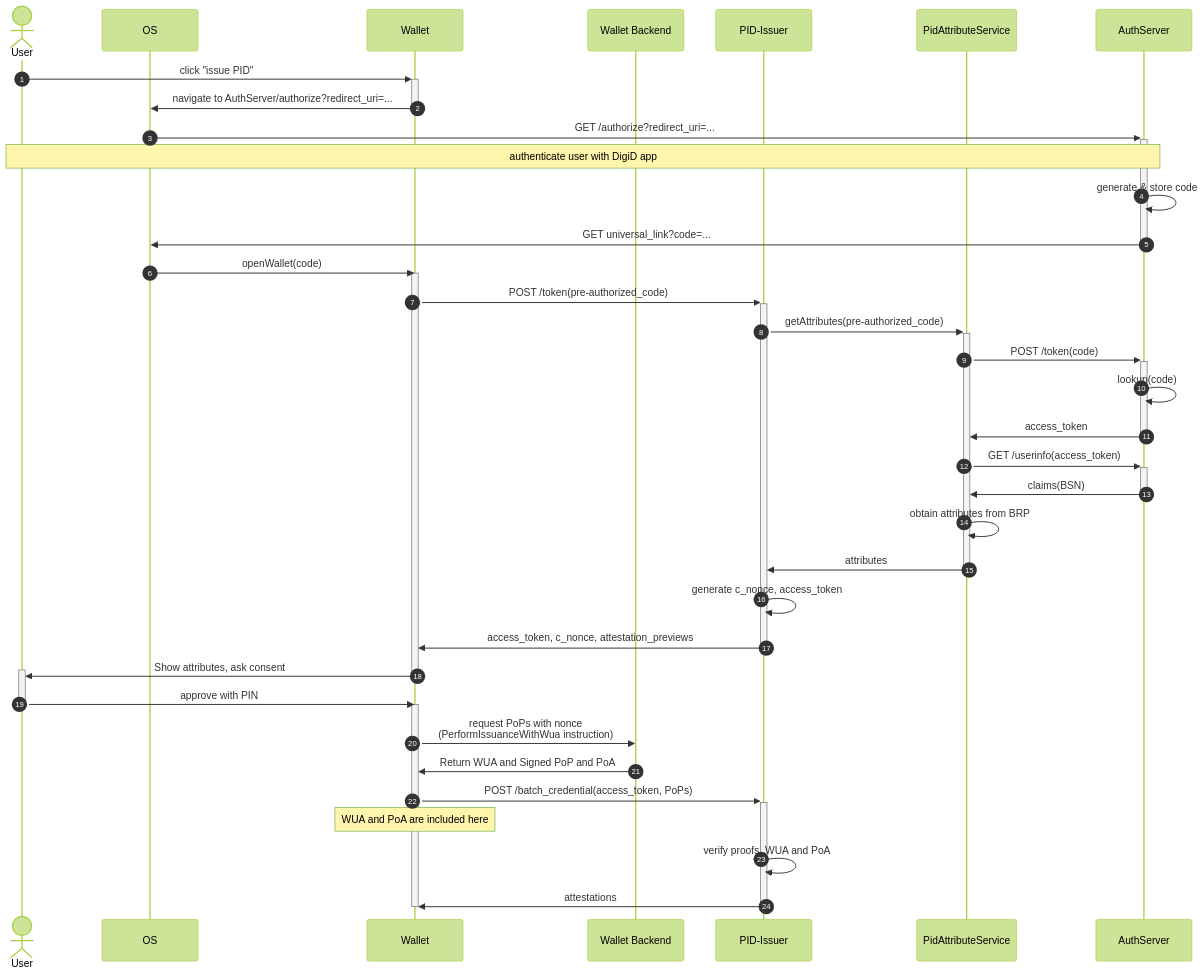
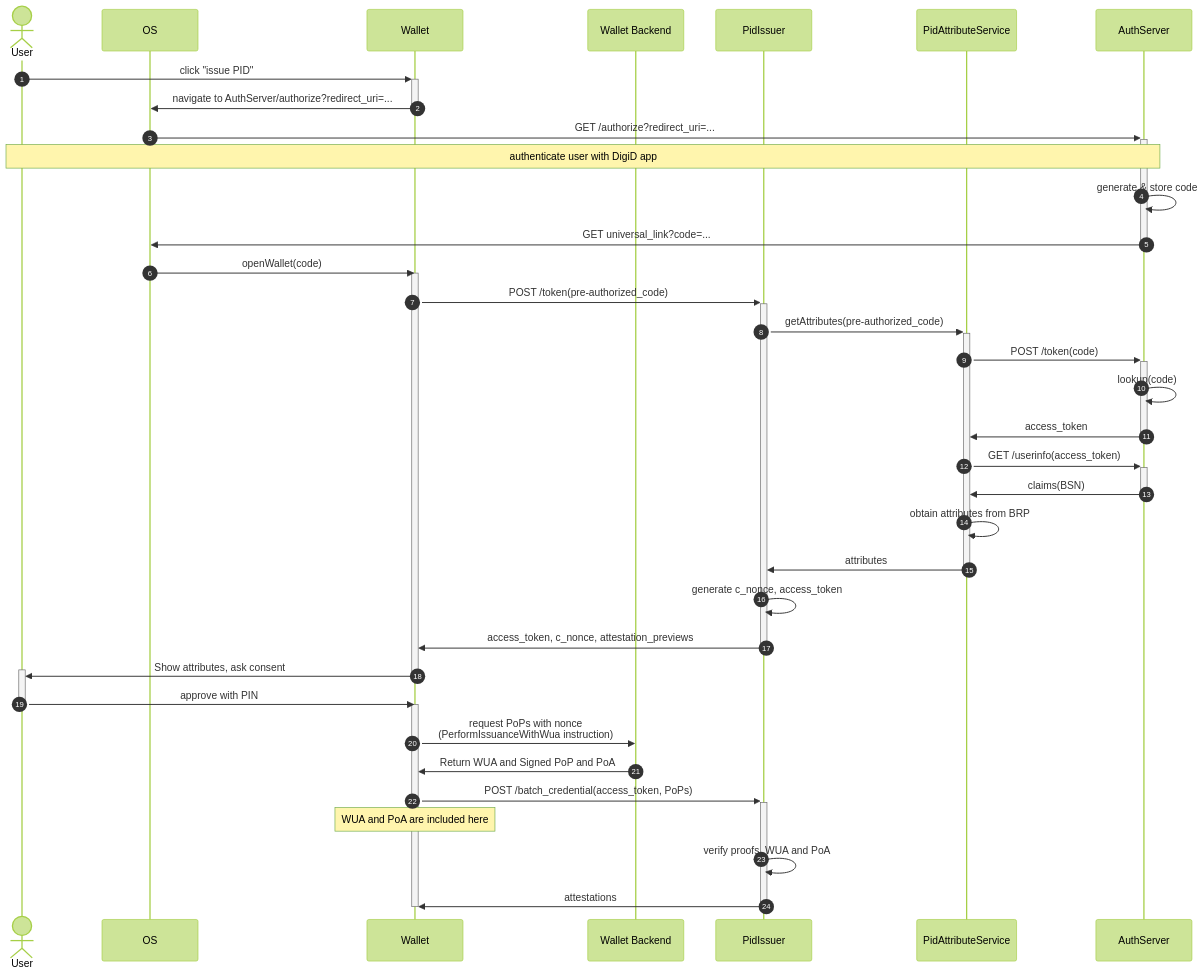
One commit to MinBZK/nl-wallet changed the first of 2 diagrams in wallet_docs/architecture/use-cases/issuance-with-openid4vci.md. Above: the diagram before and after it, drawn with Mermaid (forest theme). The commit also changed other lines of this file and 8 other files, not shown here.

````diff
--- a/wallet_docs/architecture/use-cases/issuance-with-openid4vci.md
+++ b/wallet_docs/architecture/use-cases/issuance-with-openid4vci.md
@@ -24,43 +80,43 @@
 ```{mermaid}
 sequenceDiagram
     autonumber
 
     actor User
     participant OS
     participant Wallet
     participant WP as Wallet Backend
-    participant WalletServer as PID-Issuer
+    participant WalletServer as PidIssuer
     participant PidAttributeService
     participant AuthServer
 
     User->>+Wallet: click "issue PID"
     Wallet->>-OS: navigate to AuthServer/authorize?redirect_uri=...
     OS->>+AuthServer: GET /authorize?redirect_uri=...
     note over User, AuthServer: authenticate user with DigiD app
     AuthServer->>AuthServer: generate & store code
     AuthServer->>-OS: GET universal_link?code=...
     OS->>Wallet: openWallet(code)
     activate Wallet
         Wallet->>+WalletServer: POST /token(pre-authorized_code)
         WalletServer->>+PidAttributeService: getAttributes(pre-authorized_code)
         PidAttributeService->>+AuthServer: POST /token(code)
         AuthServer->>AuthServer: lookup(code)
         AuthServer->>-PidAttributeService: access_token
         PidAttributeService->>+AuthServer: GET /userinfo(access_token)
         AuthServer->>-PidAttributeService: claims(BSN)
         PidAttributeService->>PidAttributeService: obtain attributes from BRP
         PidAttributeService->>-WalletServer: attributes
         WalletServer->>WalletServer: generate c_nonce, access_token
         WalletServer->>-Wallet: access_token, c_nonce, attestation_previews
         Wallet->>+User: Show attributes, ask consent
     deactivate Wallet
     User->>-Wallet: approve with PIN
     activate Wallet
         Wallet ->> WP: request PoPs with nonce<br/>(PerformIssuanceWithWua instruction)
         WP ->> Wallet: Return WUA and Signed PoP and PoA
         Wallet->>+WalletServer: POST /batch_credential(access_token, PoPs)
         note over Wallet: WUA and PoA are included here
         WalletServer->>WalletServer: verify proofs,  WUA and PoA
         WalletServer->>-Wallet: attestations
     deactivate Wallet
 ```
````
